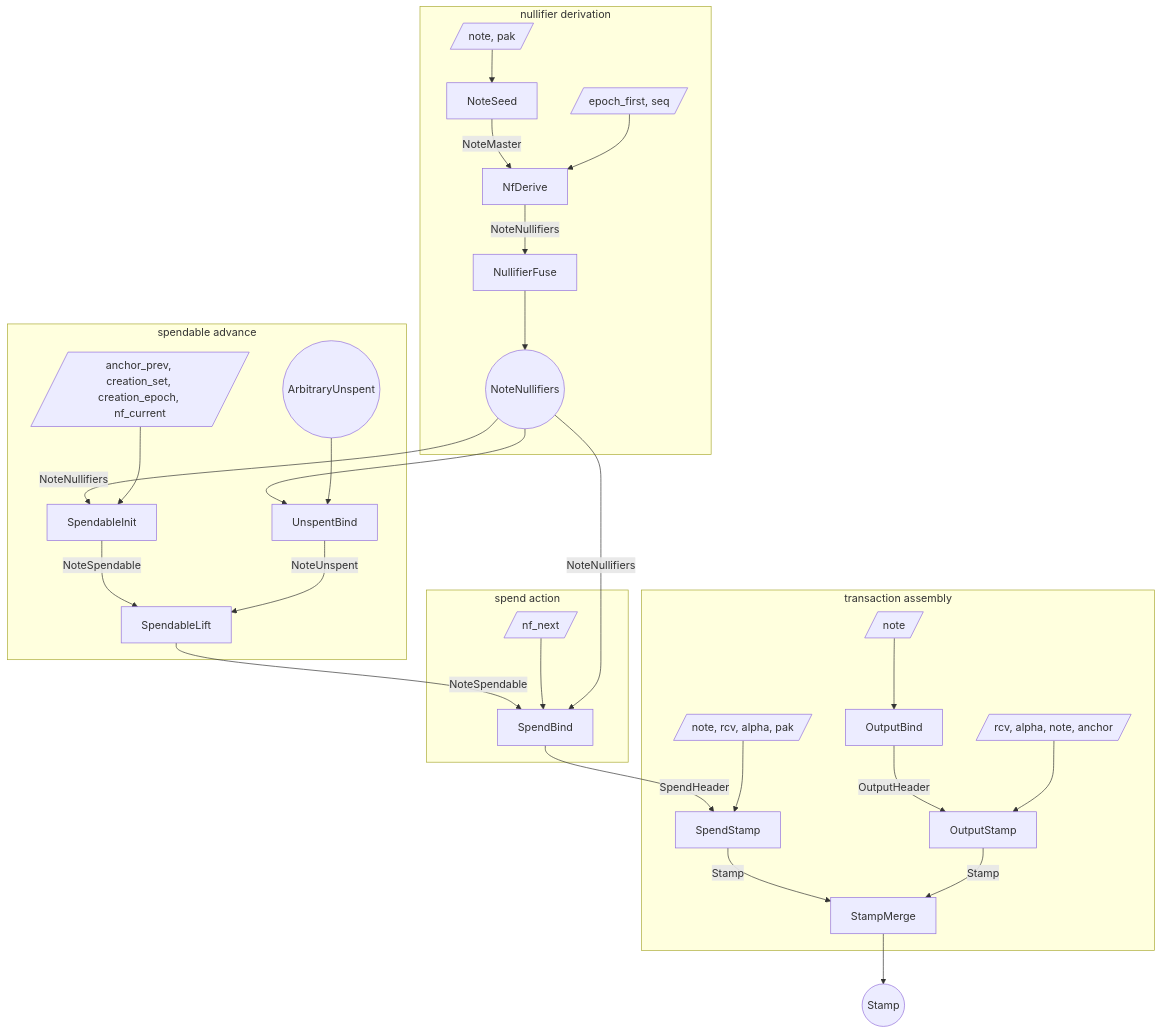
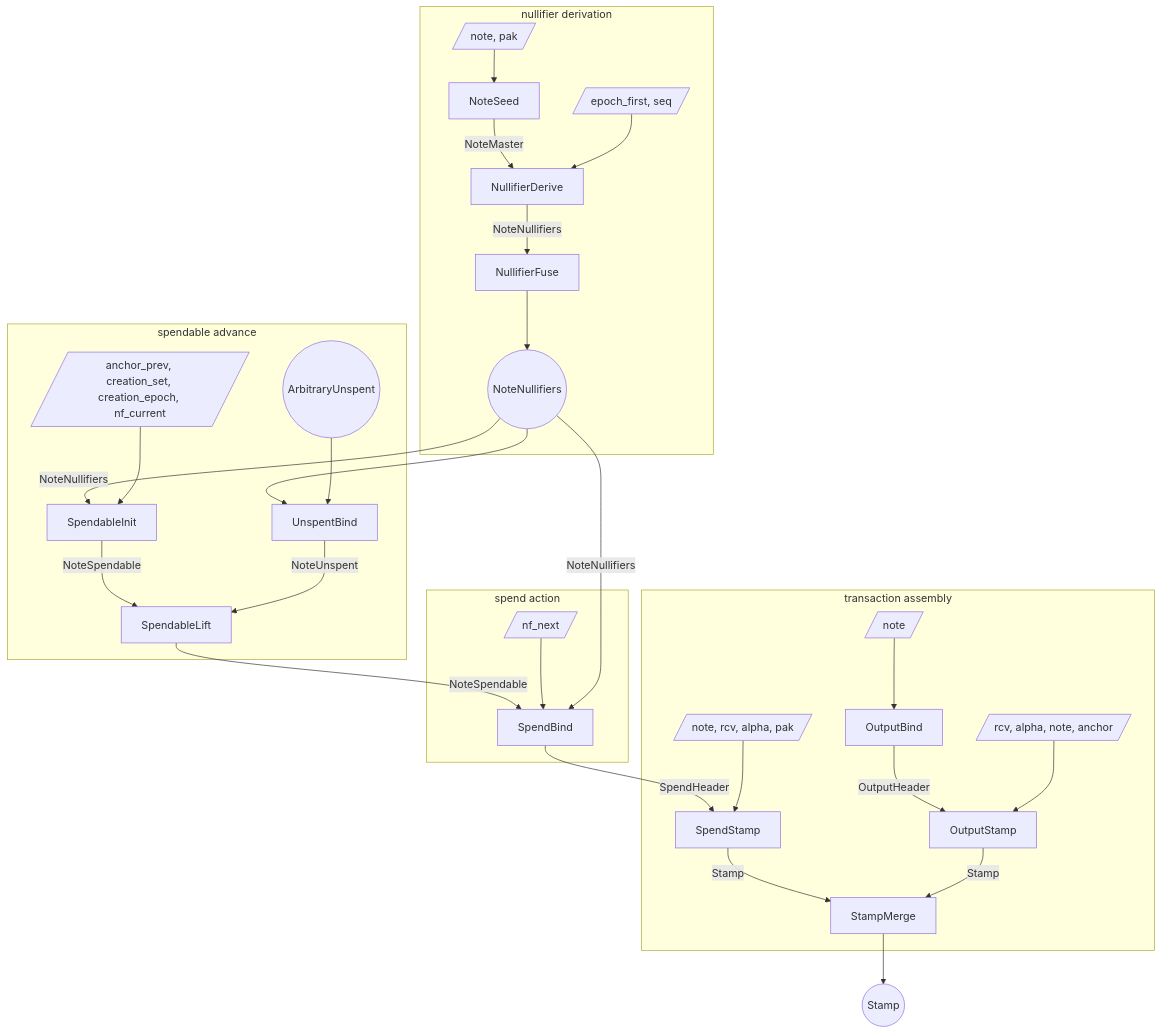
One commit to tachyon-zcash/tachyon changed the first of 3 diagrams in book/src/proof-tree.md. Above: the diagram before and after it, drawn with Mermaid. The commit also changed other lines of this file and 6 other files, not shown here.

First line of the commit message:
refactor: NfDerive becomes NullifierDerive

````diff
--- a/book/src/proof-tree.md
+++ b/book/src/proof-tree.md
@@ -307,62 +307,62 @@
 ```mermaid
 flowchart TB
   subgraph derive [nullifier derivation]
     w_seed[/note, pak/]
     s_seed[NoteSeed]
     w_window[/epoch_first, seq/]
-    s_window[NfDerive]
+    s_window[NullifierDerive]
     s_dfuse[NullifierFuse]
     nf_range((NoteNullifiers))
   end
 
   subgraph spendable [spendable advance]
     w_init[/anchor_prev, creation_set, creation_epoch, nf_current/]
     s_init[SpendableInit]
     unspent_in((ArbitraryUnspent))
     s_unspentbind[UnspentBind]
     s_lift[SpendableLift]
   end
 
   subgraph spend_stamp [spend action]
     w_bind[/nf_next/]
     s_bind[SpendBind]
   end
 
   subgraph merge [transaction assembly]
     w_stamp[/note, rcv, alpha, pak/]
     s_spendstamp[SpendStamp]
     w_outbind[/note/]
     s_outbind[OutputBind]
     w_output[/rcv, alpha, note, anchor/]
     s_output[OutputStamp]
     s_merge[StampMerge]
   end
 
   stamp_out((Stamp))
 
   w_seed --> s_seed
   s_seed -->|NoteMaster| s_window
   w_window --> s_window
   s_window -->|NoteNullifiers| s_dfuse
   s_dfuse --> nf_range
 
   nf_range -->|NoteNullifiers| s_init
   w_init --> s_init
   nf_range --> s_unspentbind
   unspent_in --> s_unspentbind
   s_init -->|NoteSpendable| s_lift
   s_unspentbind -->|NoteUnspent| s_lift
   s_lift -->|NoteSpendable| s_bind
 
   w_bind --> s_bind
   nf_range -->|NoteNullifiers| s_bind
   s_bind -->|SpendHeader| s_spendstamp
   w_stamp --> s_spendstamp
 
   w_outbind --> s_outbind
   s_outbind -->|OutputHeader| s_output
   w_output --> s_output
   s_spendstamp -->|Stamp| s_merge
   s_output -->|Stamp| s_merge
   s_merge --> stamp_out
 ```
````
